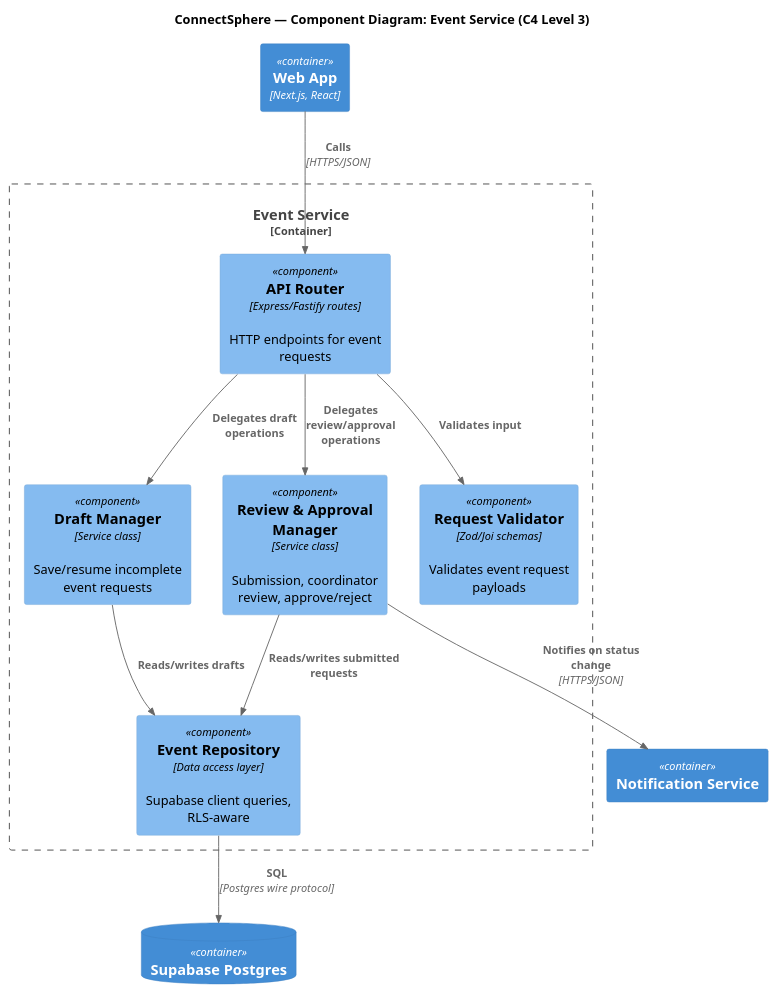
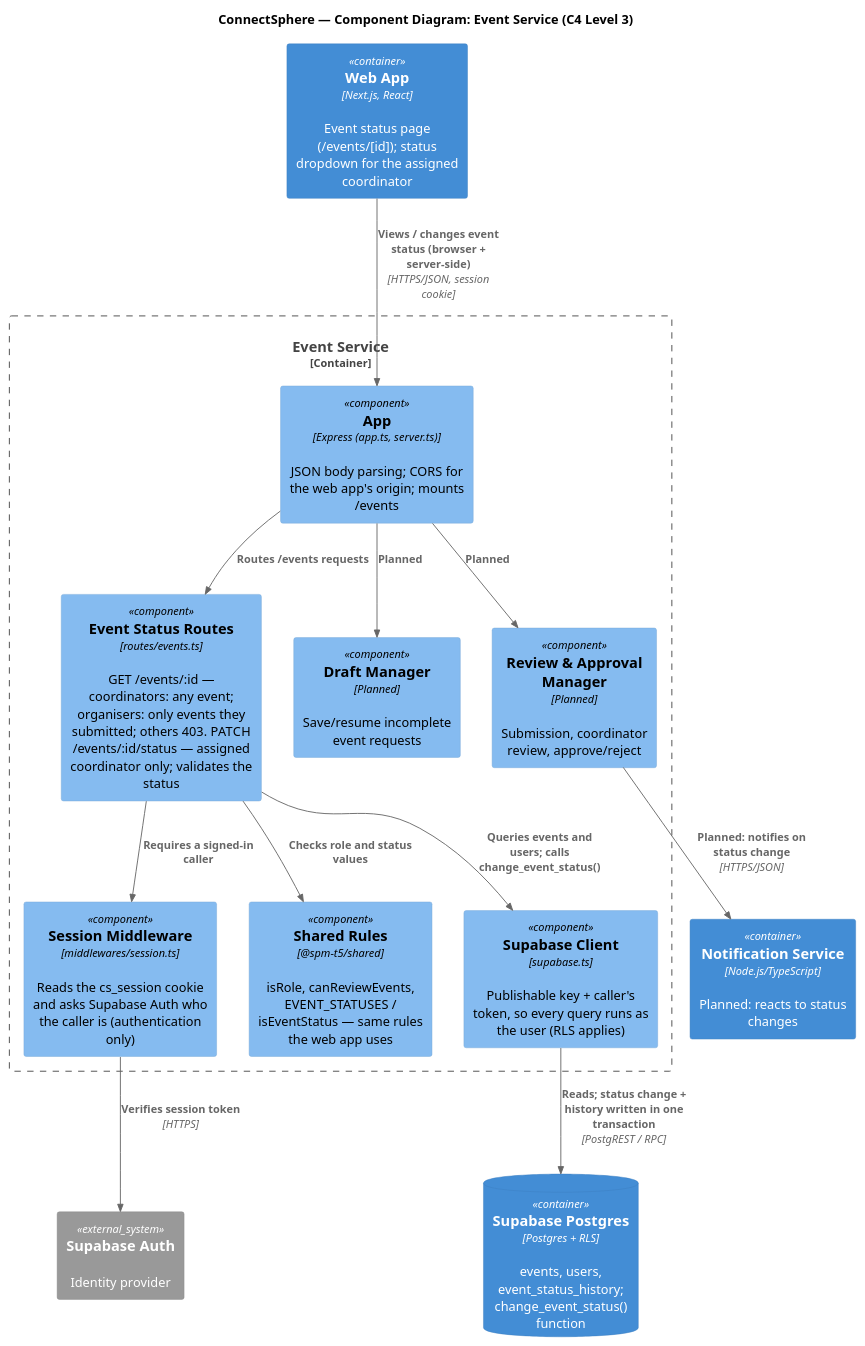
The diagram in docs/architecture/c4/component-event-service.puml (danjaii/SPM-T5), drawn with PlantUML before and after one commit. The commit also changed 17 other files, not shown here.

Commit message:
SCRUM - 6,7,8: added UI for event status management functional area

```diff
--- a/docs/architecture/c4/component-event-service.puml
+++ b/docs/architecture/c4/component-event-service.puml
@@ -1,29 +1,37 @@
 @startuml component-event-service
 !include https://raw.githubusercontent.com/plantuml-stdlib/C4-PlantUML/master/C4_Component.puml
 
 title ConnectSphere — Component Diagram: Event Service (C4 Level 3)
-' Template — copy this file per service (component-venue-service.puml, etc.)
-' and update the components to match that service's actual internal structure.
+' Built so far: event status management (SCRUM-6 view as coordinator, SCRUM-7 view as organiser,
+' SCRUM-8 edit status). Components marked "Planned" are not built yet — they come with the
+' event request / review / assignment stories. Copy this file per service as it gets built out.
 
-Container(web, "Web App", "Next.js, React")
-ContainerDb(db, "Supabase Postgres")
-Container(notificationSvc, "Notification Service")
+Container(web, "Web App", "Next.js, React", "Event status page (/events/[id]); status dropdown for the assigned coordinator")
+System_Ext(supabaseAuth, "Supabase Auth", "Identity provider")
+ContainerDb(db, "Supabase Postgres", "Postgres + RLS", "events, users, event_status_history; change_event_status() function")
+Container(notificationSvc, "Notification Service", "Node.js/TypeScript", "Planned: reacts to status changes")
 
 Container_Boundary(eventSvc, "Event Service") {
-  Component(api, "API Router", "Express/Fastify routes", "HTTP endpoints for event requests")
-  Component(draftMgr, "Draft Manager", "Service class", "Save/resume incomplete event requests")
-  Component(reviewMgr, "Review & Approval Manager", "Service class", "Submission, coordinator review, approve/reject")
-  Component(repo, "Event Repository", "Data access layer", "Supabase client queries, RLS-aware")
-  Component(validator, "Request Validator", "Zod/Joi schemas", "Validates event request payloads")
+  Component(app, "App", "Express (app.ts, server.ts)", "JSON body parsing; CORS for the web app's origin; mounts /events")
+  Component(session, "Session Middleware", "middlewares/session.ts", "Reads the cs_session cookie and asks Supabase Auth who the caller is (authentication only)")
+  Component(eventRoutes, "Event Status Routes", "routes/events.ts", "GET /events/:id — coordinators: any event; organisers: only events they submitted; others 403. PATCH /events/:id/status — assigned coordinator only; validates the status")
+  Component(shared, "Shared Rules", "@spm-t5/shared", "isRole, canReviewEvents, EVENT_STATUSES / isEventStatus — same rules the web app uses")
+  Component(supabaseDeps, "Supabase Client", "supabase.ts", "Publishable key + caller's token, so every query runs as the user (RLS applies)")
+
+  Component(draftMgr, "Draft Manager", "Planned", "Save/resume incomplete event requests")
+  Component(reviewMgr, "Review & Approval Manager", "Planned", "Submission, coordinator review, approve/reject")
 }
 
-Rel(web, api, "Calls", "HTTPS/JSON")
-Rel(api, validator, "Validates input")
-Rel(api, draftMgr, "Delegates draft operations")
-Rel(api, reviewMgr, "Delegates review/approval operations")
-Rel(draftMgr, repo, "Reads/writes drafts")
-Rel(reviewMgr, repo, "Reads/writes submitted requests")
-Rel(repo, db, "SQL", "Postgres wire protocol")
-Rel(reviewMgr, notificationSvc, "Notifies on status change", "HTTPS/JSON")
+Rel(web, app, "Views / changes event status (browser + server-side)", "HTTPS/JSON, session cookie")
+Rel(app, eventRoutes, "Routes /events requests")
+Rel(eventRoutes, session, "Requires a signed-in caller")
+Rel(session, supabaseAuth, "Verifies session token", "HTTPS")
+Rel(eventRoutes, shared, "Checks role and status values")
+Rel(eventRoutes, supabaseDeps, "Queries events and users; calls change_event_status()")
+Rel(supabaseDeps, db, "Reads; status change + history written in one transaction", "PostgREST / RPC")
+
+Rel(app, draftMgr, "Planned")
+Rel(app, reviewMgr, "Planned")
+Rel(reviewMgr, notificationSvc, "Planned: notifies on status change", "HTTPS/JSON")
 
 @enduml
```
